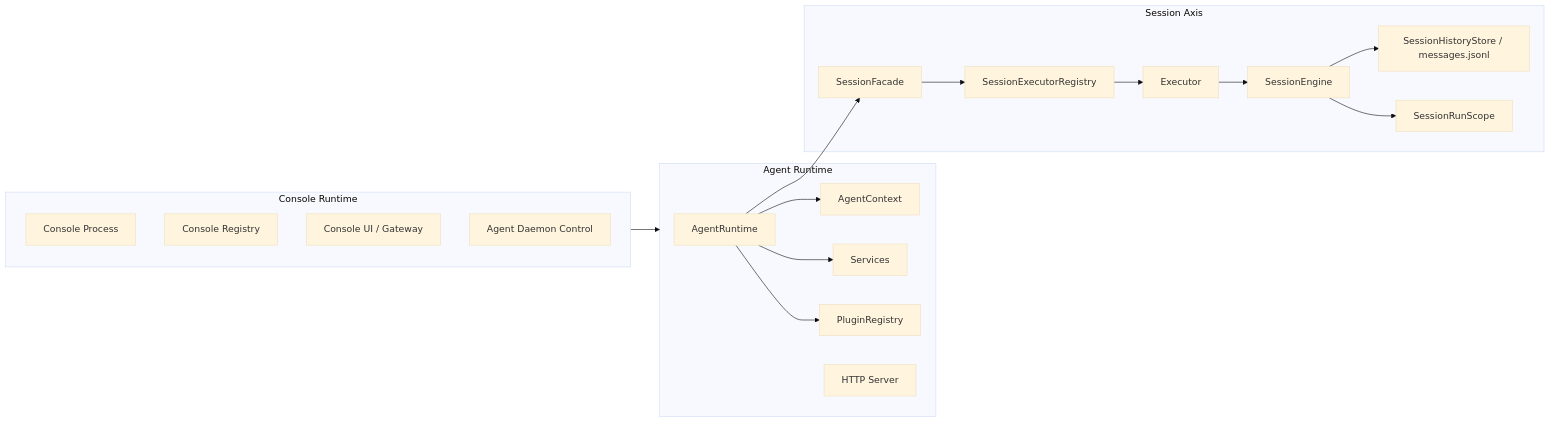
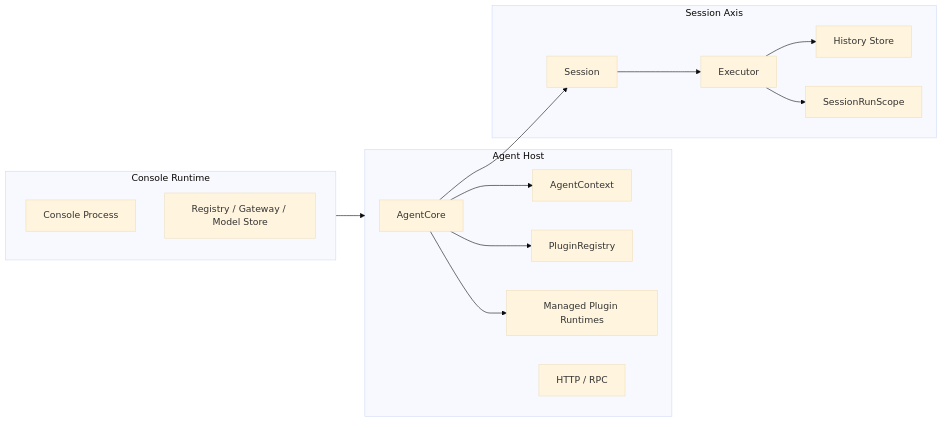
One commit to wangenius/downcity changed the first of 2 diagrams in homepage/content/devdocs/zh/session/console-and-session-runtime.mdx. Above: the diagram before and after it, drawn with Mermaid (base theme). The commit also changed other lines of this file and 433 other files, not shown here.

Commit message:
refactor(agent,city): unify plugin-session architecture

````diff
--- a/homepage/content/devdocs/zh/session/console-and-session-runtime.mdx
+++ b/homepage/content/devdocs/zh/session/console-and-session-runtime.mdx
@@ -48,37 +40,31 @@
 ```mermaid
 flowchart LR
   subgraph Console["Console Runtime"]
     C1["Console Process"]
-    C2["Console Registry"]
-    C3["Console UI / Gateway"]
-    C4["Agent Daemon Control"]
+    C2["Registry / Gateway / Model Store"]
   end
 
-  subgraph Agent["Agent Runtime"]
-    A1["AgentRuntime"]
+  subgraph Agent["Agent Host"]
+    A1["AgentCore"]
     A2["AgentContext"]
-    A3["Services"]
-    A4["PluginRegistry"]
-    A5["HTTP Server"]
+    A3["PluginRegistry"]
+    A4["Managed Plugin Runtimes"]
+    A5["HTTP / RPC"]
   end
 
   subgraph Session["Session Axis"]
-    S1["SessionFacade"]
-    S2["SessionExecutorRegistry"]
-    S3["Executor"]
-    S4["SessionEngine"]
-    S5["SessionHistoryStore / messages.jsonl"]
-    S6["SessionRunScope"]
+    S1["Session"]
+    S2["Executor"]
+    S3["History Store"]
+    S4["SessionRunScope"]
   end
 
   Console --> Agent
   A1 --> A2
   A1 --> A3
   A1 --> A4
   A1 --> S1
   S1 --> S2
   S2 --> S3
-  S3 --> S4
-  S4 --> S5
-  S4 --> S6
+  S2 --> S4
 ```
````
